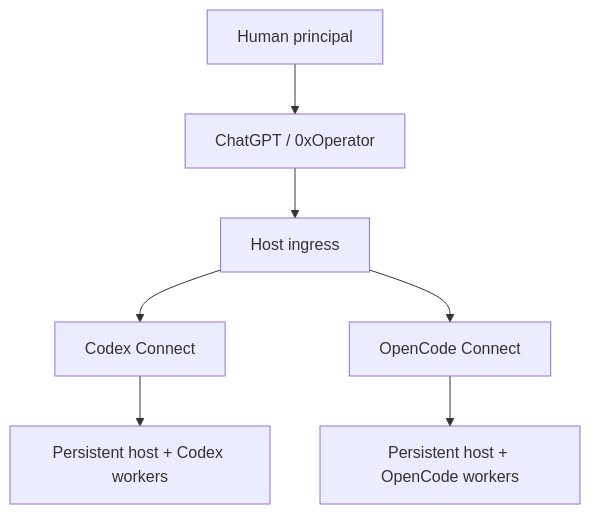
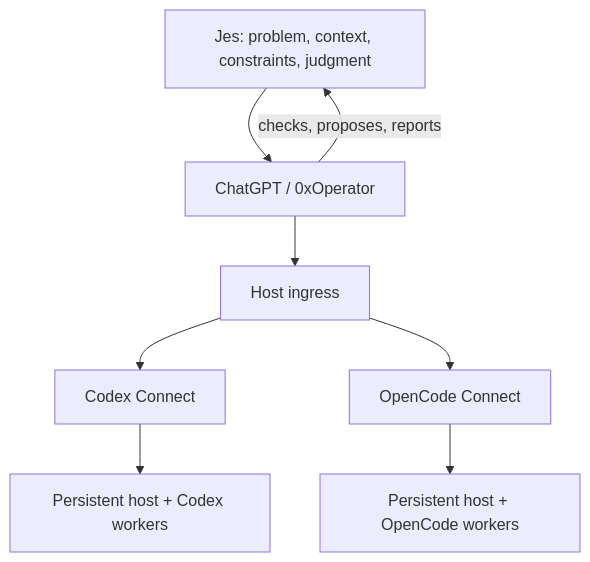
Before and after one commit to Jesrey0/ai-workflow-portfolio: the diagram in README.md, drawn with Mermaid. The commit also changed other lines of this file and 4 other files, not shown here.

````diff
--- a/README.md
+++ b/README.md
@@ -23,9 +28,10 @@
 ```mermaid
 flowchart TD
-    J[Human principal] --> O[ChatGPT / 0xOperator]
+    J[Jes: problem, context, constraints, judgment] --> O[ChatGPT / 0xOperator]
+    O -->|checks, proposes, reports| J
     O --> I[Host ingress]
     I --> C[Codex Connect]
     I --> P[OpenCode Connect]
     C --> H[Persistent host + Codex workers]
     P --> H2[Persistent host + OpenCode workers]
 ```
````
